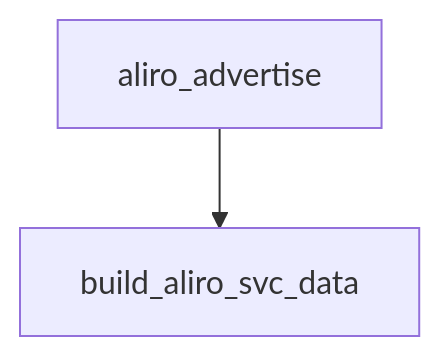
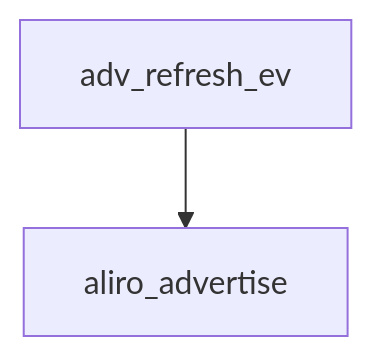
The diagram in docs/architecture/ports.esp32.components.aliro_ble/aliro_ble.c.md (jonathan-shc/UWB), drawn with Mermaid before and after one commit. The commit also changed other lines of this file and 28 other files, not shown here.

````diff
--- a/docs/architecture/ports.esp32.components.aliro_ble/aliro_ble.c.md
+++ b/docs/architecture/ports.esp32.components.aliro_ble/aliro_ble.c.md
@@ -14,4 +14,4 @@
 ```mermaid
 flowchart TD
-  aliro_advertise --> build_aliro_svc_data
+  adv_refresh_ev --> aliro_advertise
 ```
````
